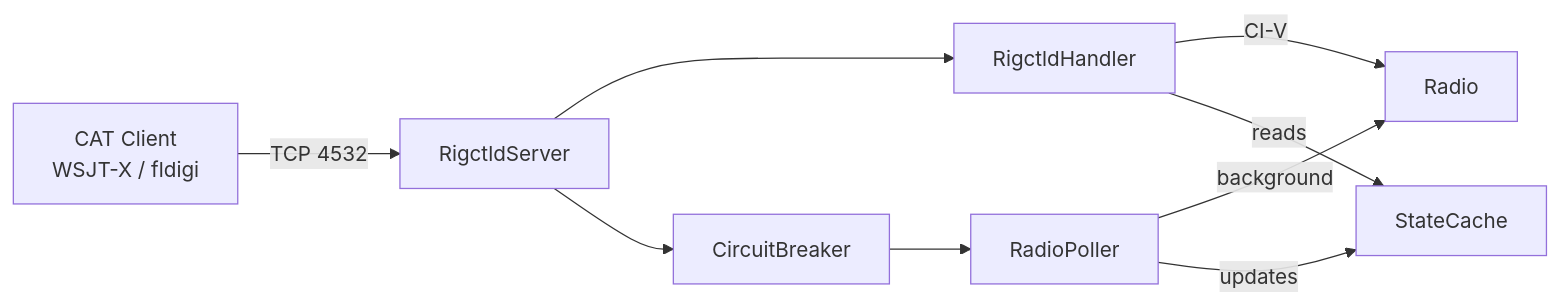
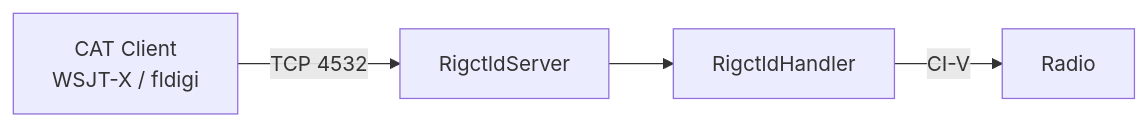
Before and after one commit to rigplane/rigplane-core: the first of 2 diagrams in docs/api/rigctld.md, drawn with Mermaid. The commit also changed other lines of this file and 8 other files, not shown here.

````diff
--- a/docs/api/rigctld.md
+++ b/docs/api/rigctld.md
@@ -20,11 +20,6 @@
 ```mermaid
 graph LR
     A[CAT Client\nWSJT-X / fldigi] -->|TCP 4532| B[RigctldServer]
     B --> C[RigctldHandler]
     C -->|CI-V| D[Radio]
-    E[RadioPoller] -->|background| D
-    E -->|updates| F[StateCache]
-    C -->|reads| F
-    B --> G[CircuitBreaker]
-    G --> E
 ```
````
